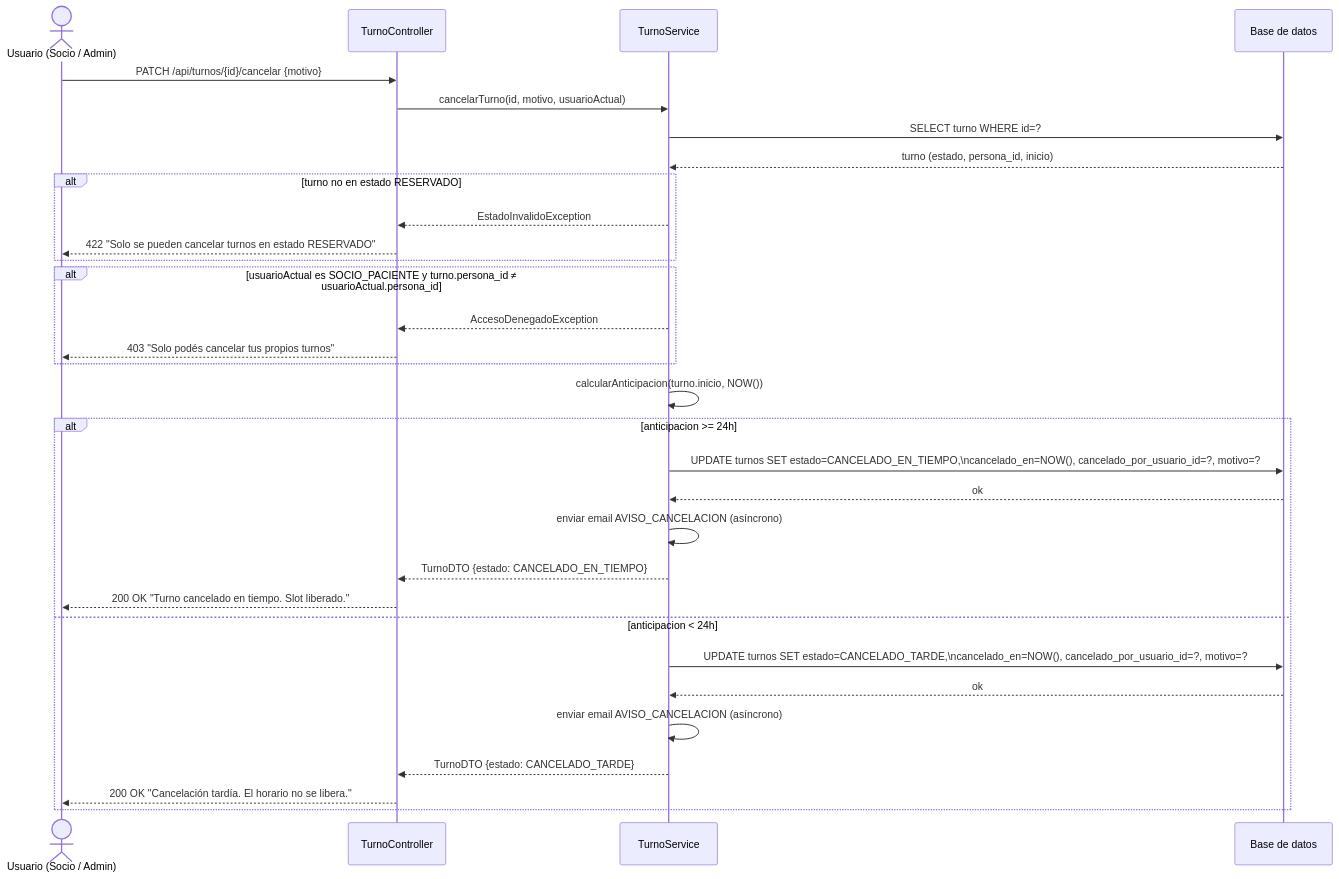
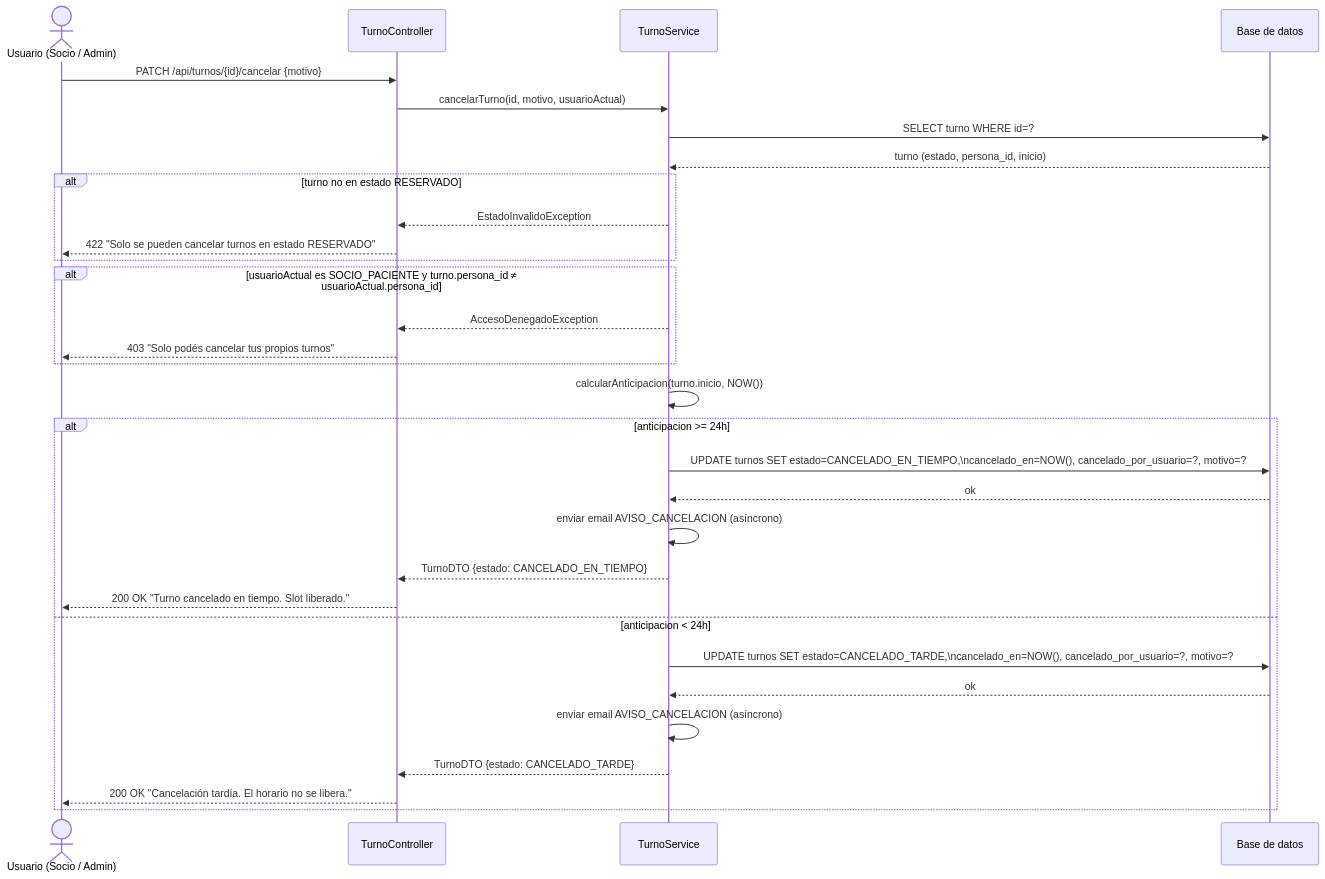
One commit to rcalcatelli/vitalys-app changed the fourth of 9 diagrams in docs/02-diseno/diagramas.md. Above: the diagram before and after it, drawn with Mermaid. The commit also changed other lines of this file and 19 other files, not shown here.

````diff
--- a/docs/02-diseno/diagramas.md
+++ b/docs/02-diseno/diagramas.md
@@ -181,40 +196,40 @@
 ```mermaid
 sequenceDiagram
     actor U as Usuario (Socio / Admin)
     participant API as TurnoController
     participant TS as TurnoService
     participant DB as Base de datos
 
     U->>API: PATCH /api/turnos/{id}/cancelar {motivo}
 
     API->>TS: cancelarTurno(id, motivo, usuarioActual)
 
     TS->>DB: SELECT turno WHERE id=?
     DB-->>TS: turno (estado, persona_id, inicio)
 
     alt turno no en estado RESERVADO
         TS-->>API: EstadoInvalidoException
         API-->>U: 422 "Solo se pueden cancelar turnos en estado RESERVADO"
     end
 
     alt usuarioActual es SOCIO_PACIENTE y turno.persona_id ≠ usuarioActual.persona_id
         TS-->>API: AccesoDenegadoException
         API-->>U: 403 "Solo podés cancelar tus propios turnos"
     end
 
     TS->>TS: calcularAnticipacion(turno.inicio, NOW())
 
     alt anticipacion >= 24h
-        TS->>DB: UPDATE turnos SET estado=CANCELADO_EN_TIEMPO,\ncancelado_en=NOW(), cancelado_por_usuario_id=?, motivo=?
+        TS->>DB: UPDATE turnos SET estado=CANCELADO_EN_TIEMPO,\ncancelado_en=NOW(), cancelado_por_usuario=?, motivo=?
         DB-->>TS: ok
         TS->>TS: enviar email AVISO_CANCELACION (asíncrono)
         TS-->>API: TurnoDTO {estado: CANCELADO_EN_TIEMPO}
         API-->>U: 200 OK "Turno cancelado en tiempo. Slot liberado."
     else anticipacion < 24h
-        TS->>DB: UPDATE turnos SET estado=CANCELADO_TARDE,\ncancelado_en=NOW(), cancelado_por_usuario_id=?, motivo=?
+        TS->>DB: UPDATE turnos SET estado=CANCELADO_TARDE,\ncancelado_en=NOW(), cancelado_por_usuario=?, motivo=?
         DB-->>TS: ok
         TS->>TS: enviar email AVISO_CANCELACION (asíncrono)
         TS-->>API: TurnoDTO {estado: CANCELADO_TARDE}
         API-->>U: 200 OK "Cancelación tardía. El horario no se libera."
     end
 ```
````
